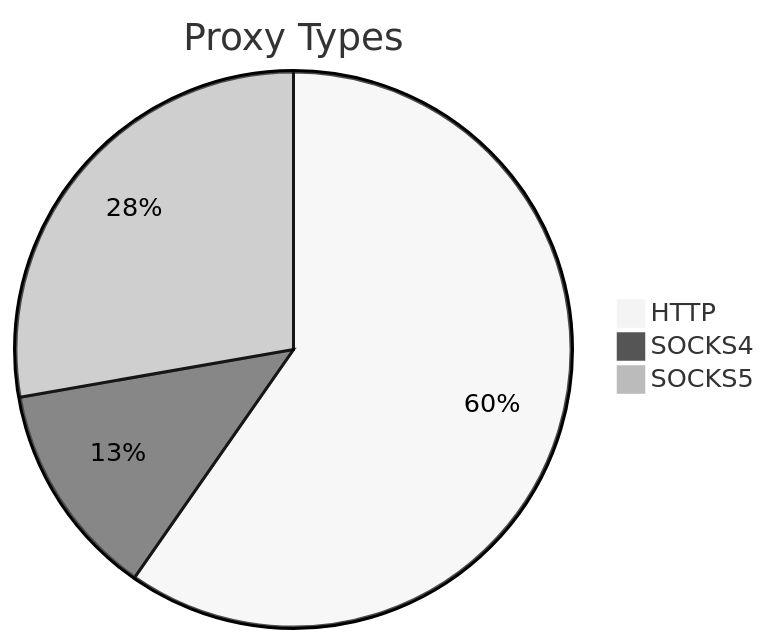
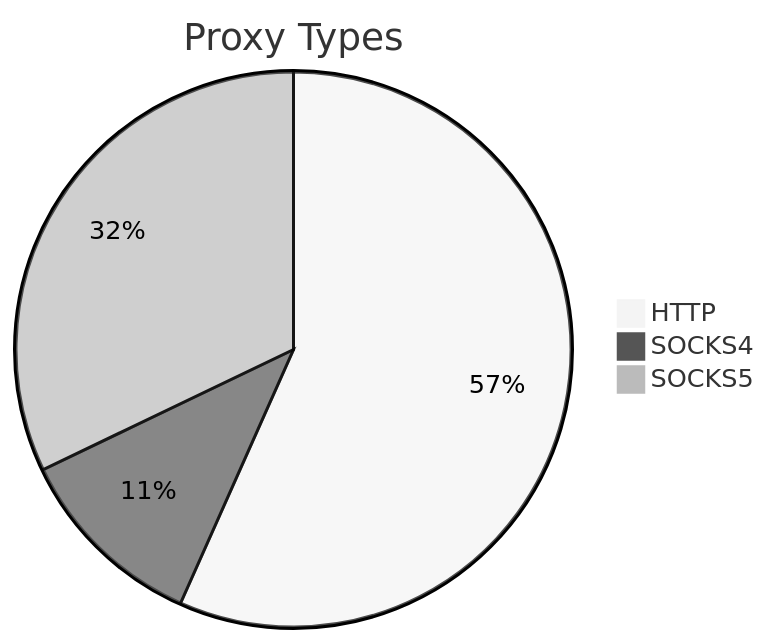
Before and after one commit to stormsia/proxy-list: the first of 2 diagrams in README.md, drawn with Mermaid (neutral theme). The commit also changed other lines of this file, not shown here.

````diff
--- a/README.md
+++ b/README.md
@@ -21,6 +21,6 @@
 ```mermaid
 pie title Proxy Types
-    "HTTP" : 228
-    "SOCKS4" : 48
+    "HTTP" : 187
+    "SOCKS4" : 37
     "SOCKS5" : 106
 ```
````
